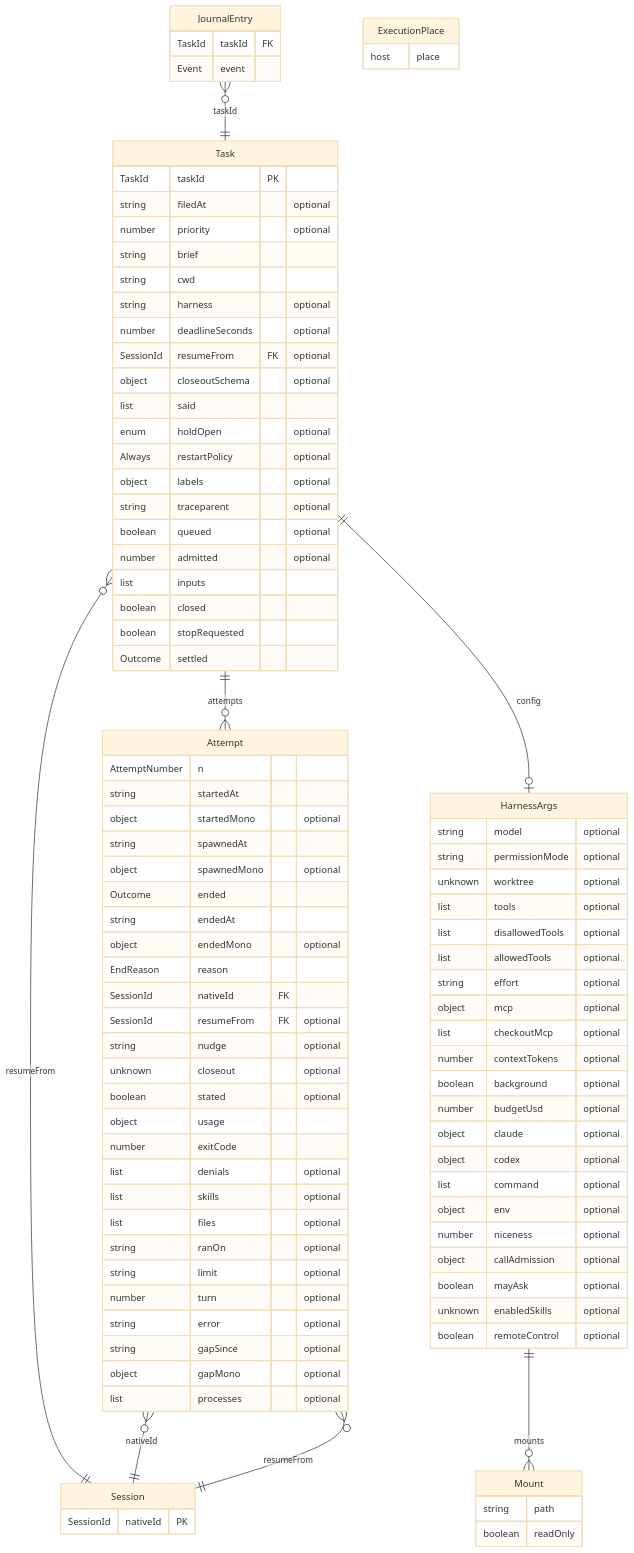
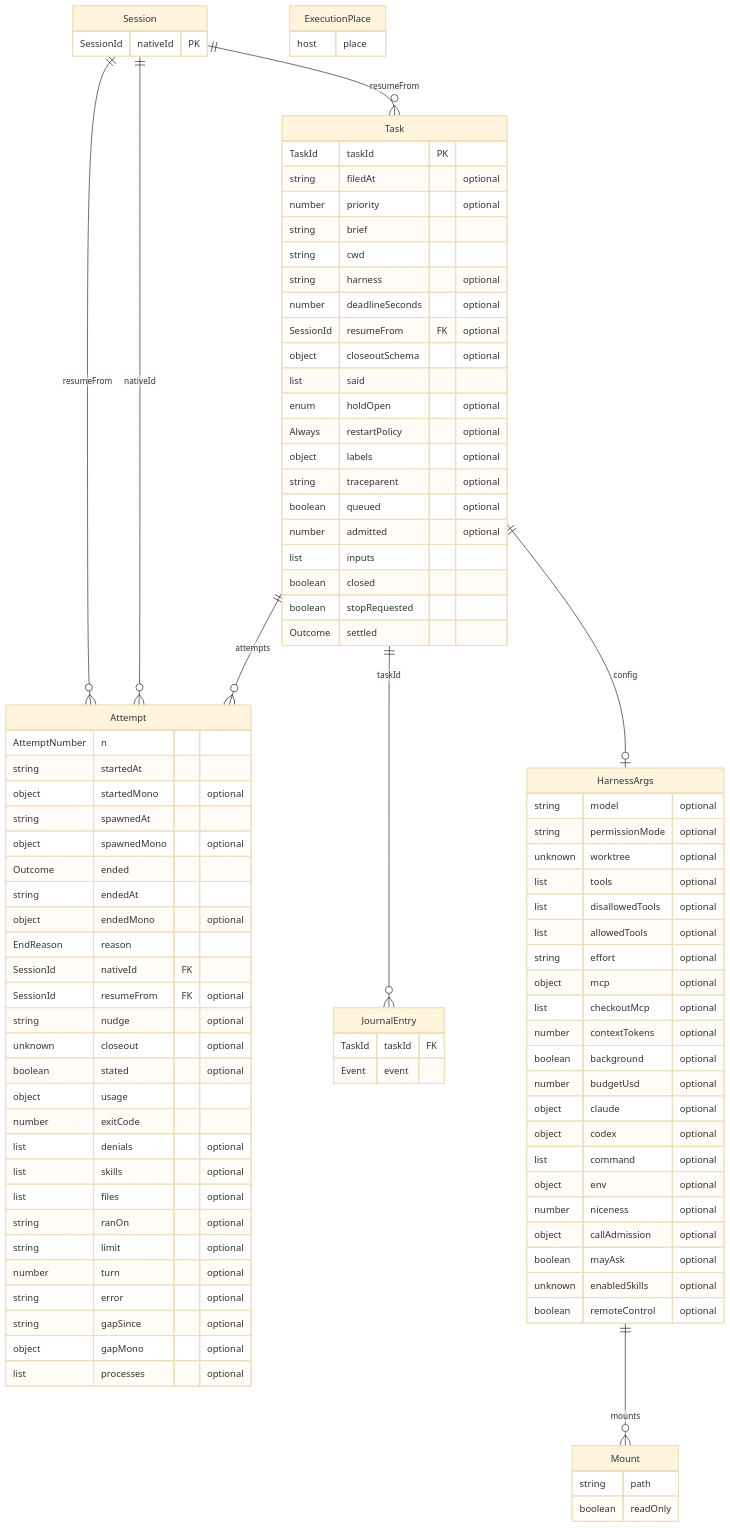
The diagram in packages/agent-runtime/docs/model.md (emyann/nemia), drawn with Mermaid (base theme) before and after one commit. The commit also changed 11 other files, not shown here.

Commit message:
Draw a relation by id from its owner, compose every context into the orchestrator's diagram, and count the records the Run model refuses

````diff
--- a/packages/agent-runtime/docs/model.md
+++ b/packages/agent-runtime/docs/model.md
@@ -105,11 +105,11 @@
   ExecutionPlace {
     host place
   }
-  Task }o--|| Session : resumeFrom
+  Session ||--o{ Task : resumeFrom
   Task ||--o| HarnessArgs : config
   Task ||--o{ Attempt : attempts
-  Attempt }o--|| Session : nativeId
-  Attempt }o--|| Session : resumeFrom
-  JournalEntry }o--|| Task : taskId
+  Session ||--o{ Attempt : nativeId
+  Session ||--o{ Attempt : resumeFrom
+  Task ||--o{ JournalEntry : taskId
   HarnessArgs ||--o{ Mount : mounts
 ```
````
